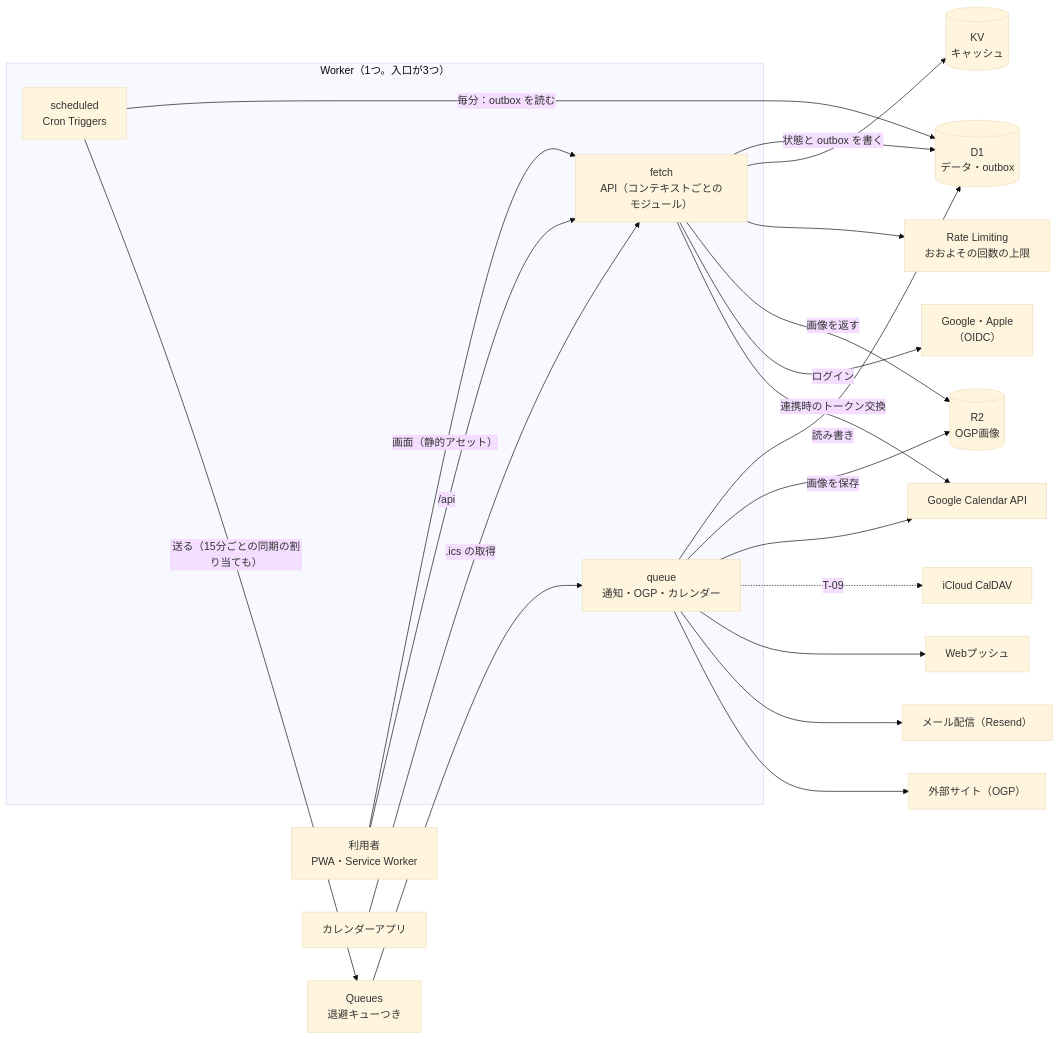
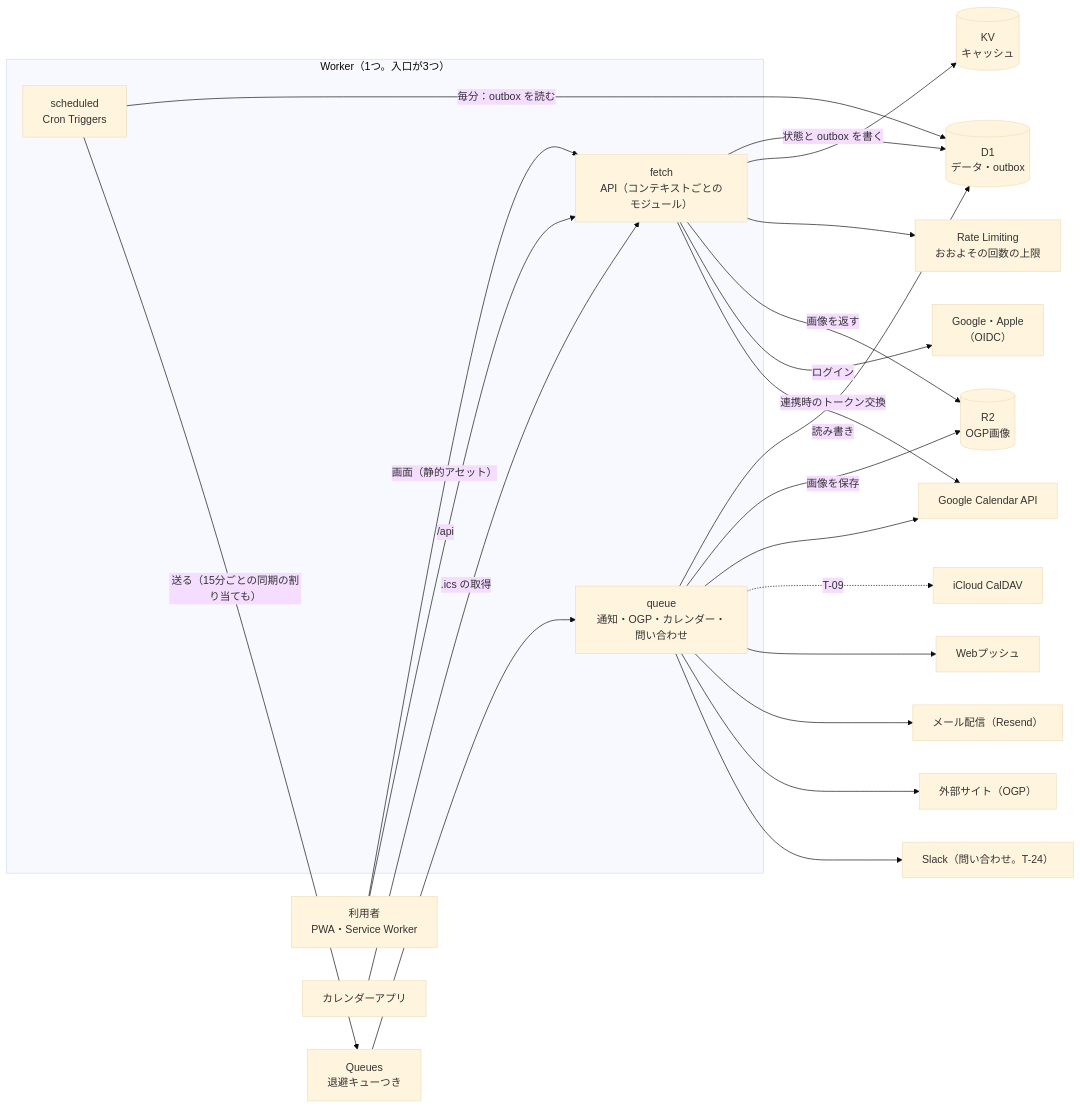
Before and after one commit to pryusei/kokohima-app: the second of 2 diagrams in docs/requirements.md, drawn with Mermaid (base theme). The commit also changed other lines of this file and 13 other files, not shown here.

````diff
--- a/docs/requirements.md
+++ b/docs/requirements.md
@@ -112,27 +113,28 @@
 ```mermaid
 flowchart LR
   U["利用者<br/>PWA・Service Worker"] -->|"画面（静的アセット）"| A
   CA["カレンダーアプリ"] -->|".ics の取得"| A
   subgraph W["Worker（1つ。入口が3つ）"]
     A["fetch<br/>API（コンテキストごとのモジュール）"]
     S["scheduled<br/>Cron Triggers"]
-    C["queue<br/>通知・OGP・カレンダー"]
+    C["queue<br/>通知・OGP・カレンダー・問い合わせ"]
   end
   U -->|"/api"| A
   A -->|"状態と outbox を書く"| D1[("D1<br/>データ・outbox")]
   A --> KV[("KV<br/>キャッシュ")]
   A --> RL["Rate Limiting<br/>おおよその回数の上限"]
   A -->|"画像を返す"| R2[("R2<br/>OGP画像")]
   A -->|"ログイン"| ID["Google・Apple<br/>（OIDC）"]
   A -->|"連携時のトークン交換"| G
   S -->|"毎分：outbox を読む"| D1
   S -->|"送る（15分ごとの同期の割り当ても）"| Q["Queues<br/>退避キューつき"]
   Q --> C
   C -->|"読み書き"| D1
   C -->|"画像を保存"| R2
   C --> G["Google Calendar API"]
   C -.->|"T-09"| I["iCloud CalDAV"]
   C --> WP["Webプッシュ"]
   C --> M["メール配信（Resend）"]
   C --> SX["外部サイト（OGP）"]
+  C --> SL["Slack（問い合わせ。T-24）"]
 ```
````
